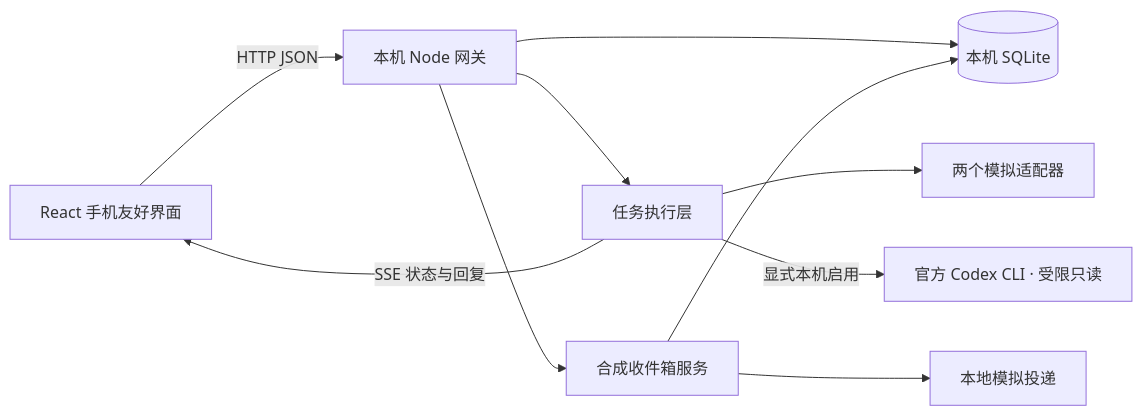
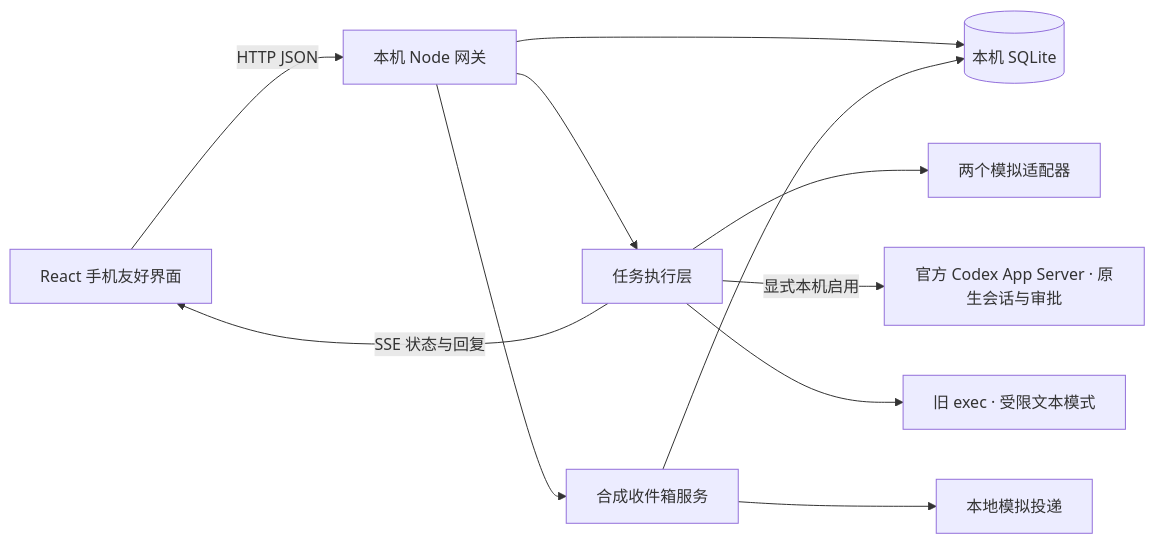
One commit to JohnShinsei/relaydesk changed the first of 2 diagrams in docs/architecture.md. Above: the diagram before and after it, drawn with Mermaid. The commit also changed other lines of this file and 26 other files, not shown here.

Commit message:
Integrate native Codex App Server sessions and scoped approvals

````diff
--- a/docs/architecture.md
+++ b/docs/architecture.md
@@ -7,12 +7,13 @@
 ```mermaid
 flowchart LR
   UI[React 手机友好界面] -->|HTTP JSON| API[本机 Node 网关]
   API --> DB[(本机 SQLite)]
   API --> Runner[任务执行层]
   API --> Inbox[合成收件箱服务]
   Inbox --> DB
   Inbox --> MockDelivery[本地模拟投递]
   Runner --> Mock[两个模拟适配器]
-  Runner -->|显式本机启用| Codex[官方 Codex CLI · 受限只读]
+  Runner -->|显式本机启用| Codex[官方 Codex App Server · 原生会话与审批]
+  Runner --> Legacy[旧 exec · 受限文本模式]
   Runner -->|SSE 状态与回复| UI
 ```
````
